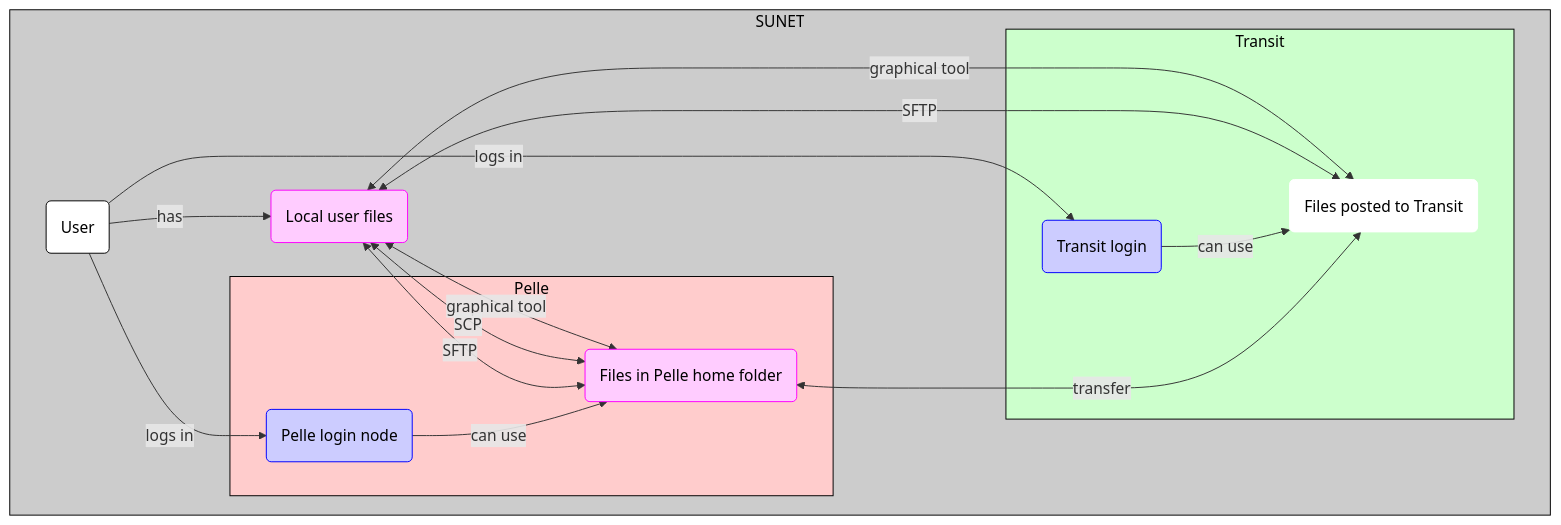
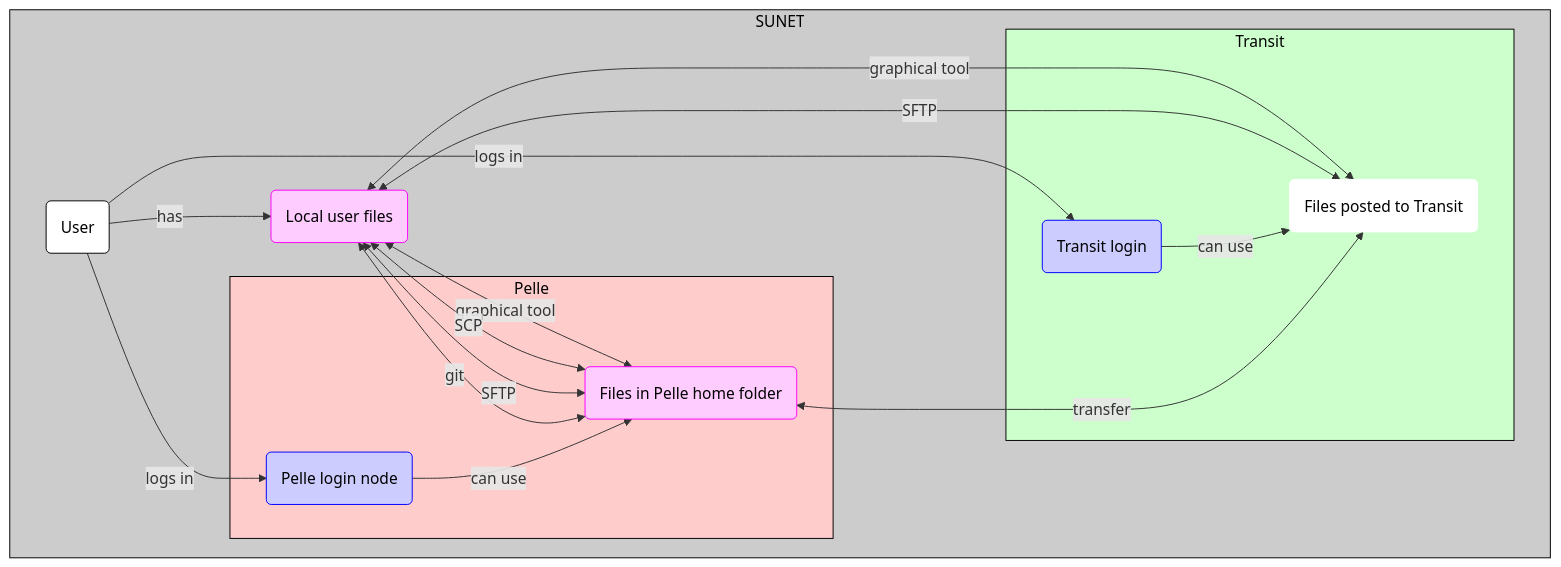
The diagram in docs/cluster_guides/transfer_pelle.md (UPPMAX/UPPMAX-documentation), drawn with Mermaid before and after one commit. The commit also changed other lines of this file and 1 other file, not shown here.

Commit message:
Adding software/git_on_pelle.md, mentioning git in cluster_guides/transfer_pelle.md

````diff
--- a/docs/cluster_guides/transfer_pelle.md
+++ b/docs/cluster_guides/transfer_pelle.md
@@ -81,49 +92,50 @@
 ```mermaid
 flowchart TD
 
     %% Give a white background to all nodes, instead of a transparent one
     classDef node fill:#fff,color:#000,stroke:#000
 
     %% Graph nodes for files and calculations
     classDef file_node fill:#fcf,color:#000,stroke:#f0f
     classDef calculation_node fill:#ccf,color:#000,stroke:#00f
     classDef transit_node fill:#fff,color:#000,stroke:#fff
 
     subgraph sub_inside[SUNET]
       direction LR
       user(User)
       user_local_files(Local user files):::file_node
 
       subgraph sub_transit_env[Transit]
         transit_login(Transit login):::calculation_node
         files_on_transit(Files posted to Transit):::transit_node
       end
       subgraph sub_pelle_shared_env[Pelle]
           pelle_login(Pelle login node):::calculation_node
           files_in_pelle_home(Files in Pelle home folder):::file_node
       end
     end
 
     %% Shared subgraph color scheme
     %% style sub_outside fill:#ccc,color:#000,stroke:#ccc
     style sub_inside fill:#ccc,color:#000,stroke:#000
     style sub_transit_env fill:#cfc,color:#000,stroke:#000
     style sub_pelle_shared_env fill:#fcc,color:#000,stroke:#000
 
     user --> |has|user_local_files
     user --> |logs in |transit_login
     user --> |logs in |pelle_login
 
     user_local_files <--> |graphical tool|files_in_pelle_home
     user_local_files <--> |SCP|files_in_pelle_home
     user_local_files <--> |SFTP|files_in_pelle_home
+    user_local_files <--> |git|files_in_pelle_home
     user_local_files <--> |graphical tool|files_on_transit
     user_local_files <--> |SFTP|files_on_transit
 
     pelle_login --> |can use|files_in_pelle_home
 
     transit_login --> |can use|files_on_transit
     files_on_transit <--> |transfer|files_in_pelle_home
 
     files_in_pelle_home ~~~ transit_login
 ```
````
